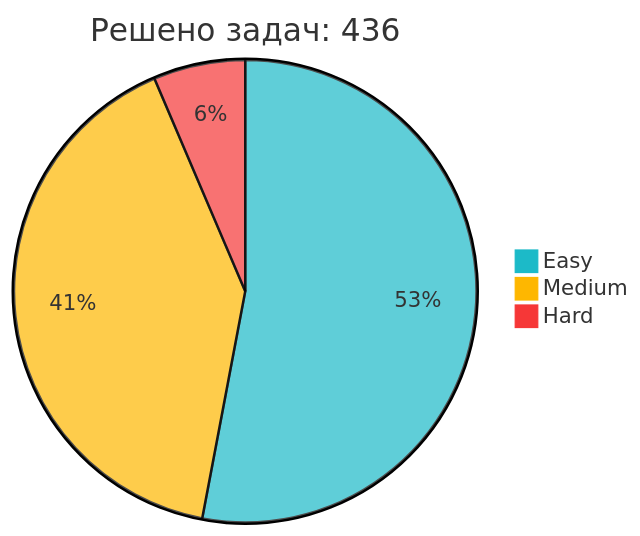
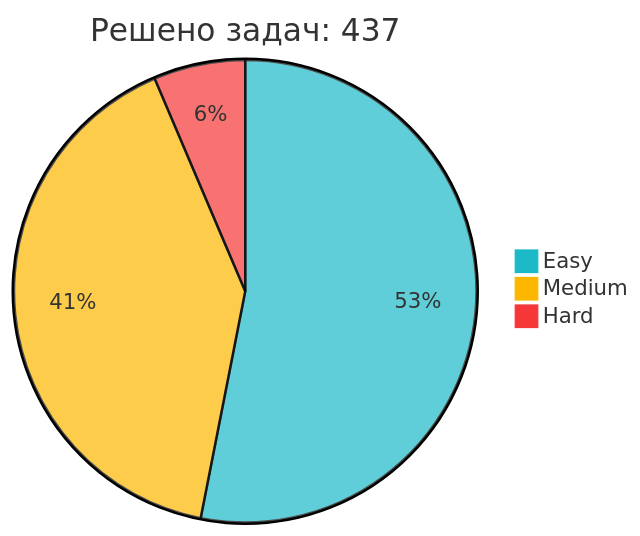
The diagram in README.md (IliaKurdukov/IliaKurdukov), drawn with Mermaid before and after one commit. The commit also changed other lines of this file, not shown here.

Commit message:
📈 Обновление статистики LeetCode

````diff
--- a/README.md
+++ b/README.md
@@ -51,7 +51,7 @@
 ```mermaid
 %%{init: {'theme': 'base', 'themeVariables': { 'pie1': '#1CBAC8', 'pie2': '#FEB700', 'pie3': '#F63737' }, 'config': {'width': 300, 'height': 200}}}%%
-pie title Решено задач: 436
-   "Easy" : 231
+pie title Решено задач: 437
+   "Easy" : 232
    "Medium" : 177
    "Hard" : 28
 ```
````
